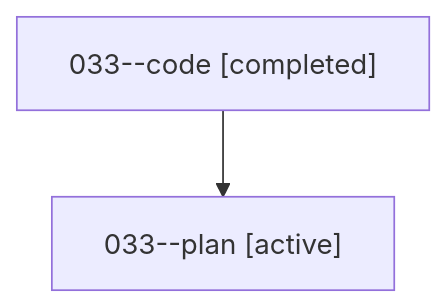
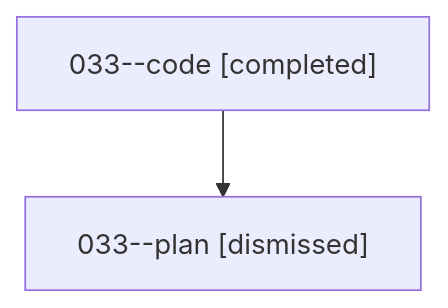
Before and after one commit to sase-org/sase--agents: the diagram in sessions/bbugyi200.athena.033.md, drawn with Mermaid. The commit also changed other lines of this file and 30 other files, not shown here.

````diff
--- a/sessions/bbugyi200.athena.033.md
+++ b/sessions/bbugyi200.athena.033.md
@@ -9,6 +9,6 @@
 ```mermaid
 flowchart TD
   n0["033--code [completed]"]
-  n1["033--plan [active]"]
+  n1["033--plan [dismissed]"]
   n0 --> n1
 ```
````
